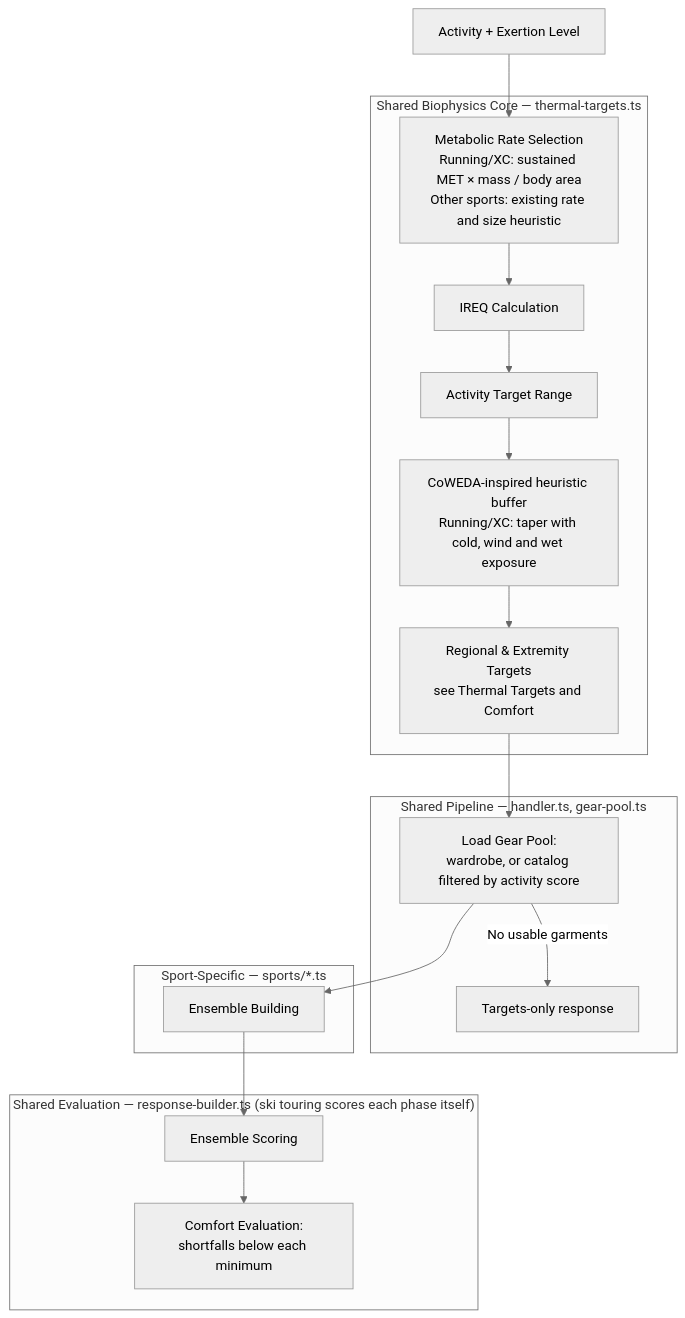
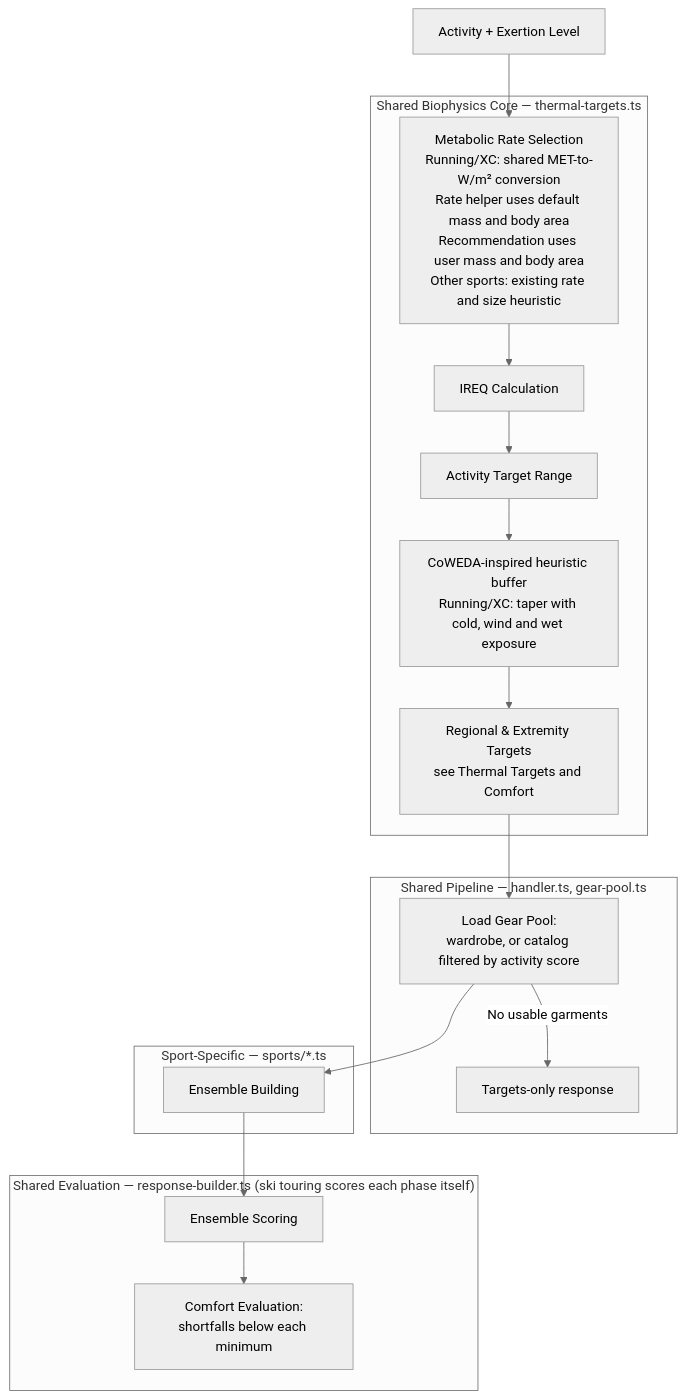
The first of 7 diagrams in README.md (derobertsw/swttr), drawn with Mermaid (neutral theme) before and after one commit. The commit also changed 6 other files, not shown here.

Commit message:
Align running and XC rate helpers with calibrated heat conversion

````diff
--- a/README.md
+++ b/README.md
@@ -48,35 +48,35 @@
 ```mermaid
 graph TD
-    A[Activity + Exertion Level] --> B[Metabolic Rate Selection<br/>Running/XC: sustained MET × mass / body area<br/>Other sports: existing rate and size heuristic]
+    A[Activity + Exertion Level] --> B[Metabolic Rate Selection<br/>Running/XC: shared MET-to-W/m² conversion<br/>Rate helper uses default mass and body area<br/>Recommendation uses user mass and body area<br/>Other sports: existing rate and size heuristic]
     B --> C[IREQ Calculation]
     C --> D[Activity Target Range]
     D --> E[CoWEDA-inspired heuristic buffer<br/>Running/XC: taper with cold, wind and wet exposure]
     E --> F[Regional & Extremity Targets<br/>see Thermal Targets and Comfort]
     F --> P[Load Gear Pool:<br/>wardrobe, or catalog filtered by activity score]
     P -->|No usable garments| T[Targets-only response]
     P --> G[Ensemble Building]
     G --> H[Ensemble Scoring]
     H --> I[Comfort Evaluation:<br/>shortfalls below each minimum]
 
     subgraph "Shared Biophysics Core — thermal-targets.ts"
         B
         C
         D
         E
         F
     end
 
     subgraph "Shared Pipeline — handler.ts, gear-pool.ts"
         P
         T
     end
 
     subgraph "Sport-Specific — sports/*.ts"
         G
     end
 
     subgraph "Shared Evaluation — response-builder.ts (ski touring scores each phase itself)"
         H
         I
     end
 ```
````
